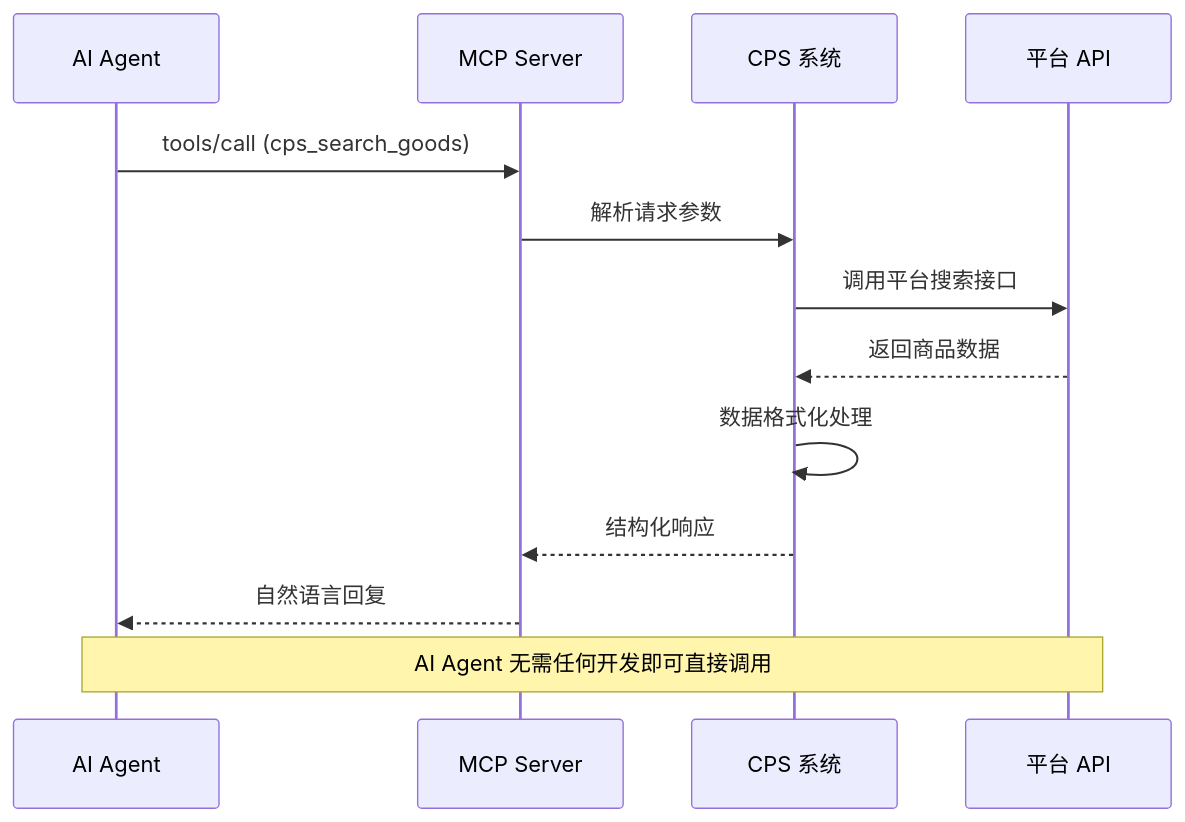
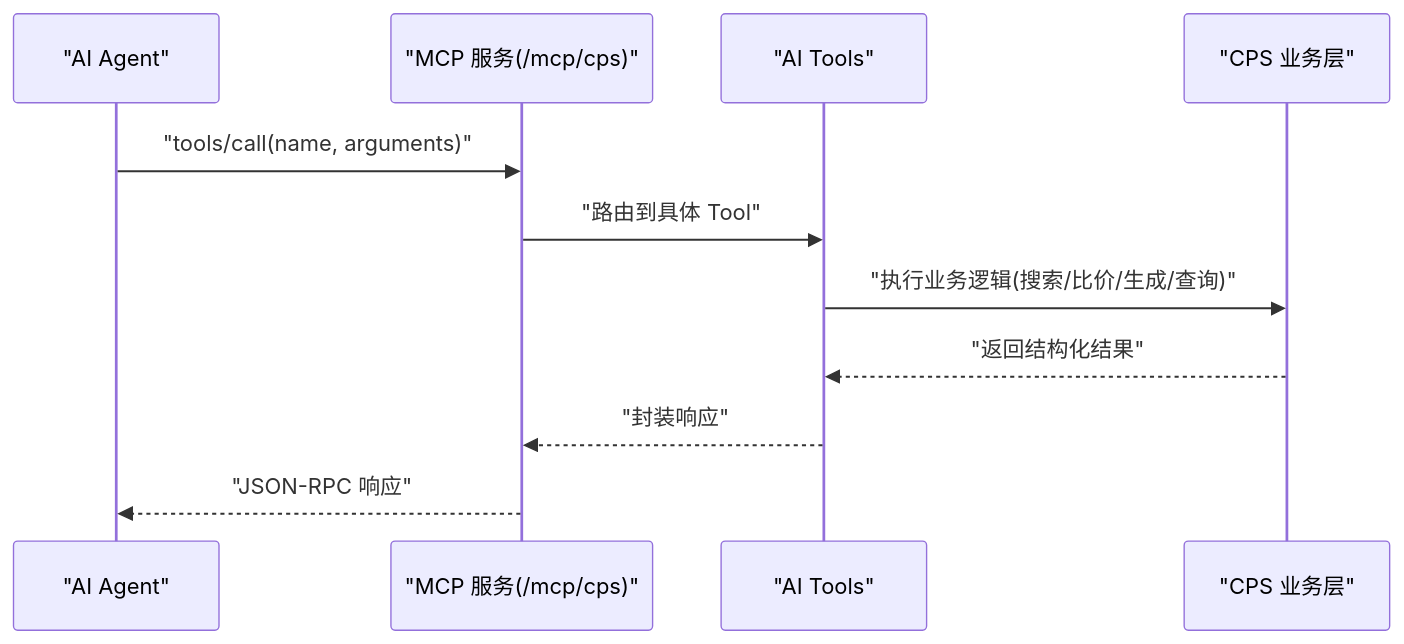
Before and after one commit to zhuangpengLI/AgenticCPS: the fifth of 7 diagrams in .qoder/repowiki/zh/content/项目概述/项目概述.md, drawn with Mermaid. The commit also changed other lines of this file and 293 other files, not shown here.

````diff
--- a/.qoder/repowiki/zh/content/项目概述/项目概述.md
+++ b/.qoder/repowiki/zh/content/项目概述/项目概述.md
@@ -182,15 +190,13 @@
 ```mermaid
 sequenceDiagram
-participant AI as AI Agent
-participant MCP as MCP Server
-participant CPS as CPS 系统
-participant Platform as 平台 API
-AI->>MCP : tools/call (cps_search_goods)
-MCP->>CPS : 解析请求参数
-CPS->>Platform : 调用平台搜索接口
-Platform-->>CPS : 返回商品数据
-CPS->>CPS : 数据格式化处理
-CPS-->>MCP : 结构化响应
-MCP-->>AI : 自然语言回复
-Note over AI,Platform : AI Agent 无需任何开发即可直接调用
+participant Agent as "AI Agent"
+participant MCP as "MCP 服务(/mcp/cps)"
+participant Tools as "AI Tools"
+participant Biz as "CPS 业务层"
+Agent->>MCP : "tools/call(name, arguments)"
+MCP->>Tools : "路由到具体 Tool"
+Tools->>Biz : "执行业务逻辑(搜索/比价/生成/查询)"
+Biz-->>Tools : "返回结构化结果"
+Tools-->>MCP : "封装响应"
+MCP-->>Agent : "JSON-RPC 响应"
 ```
````
